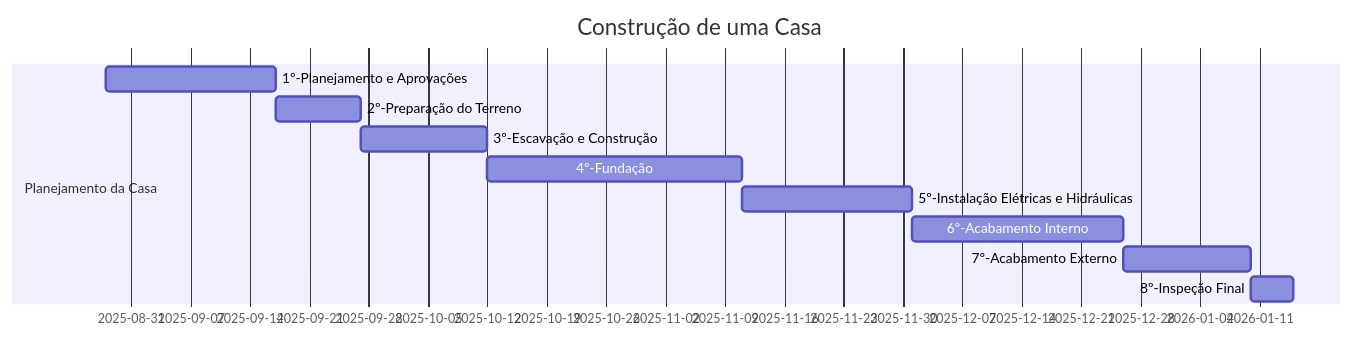
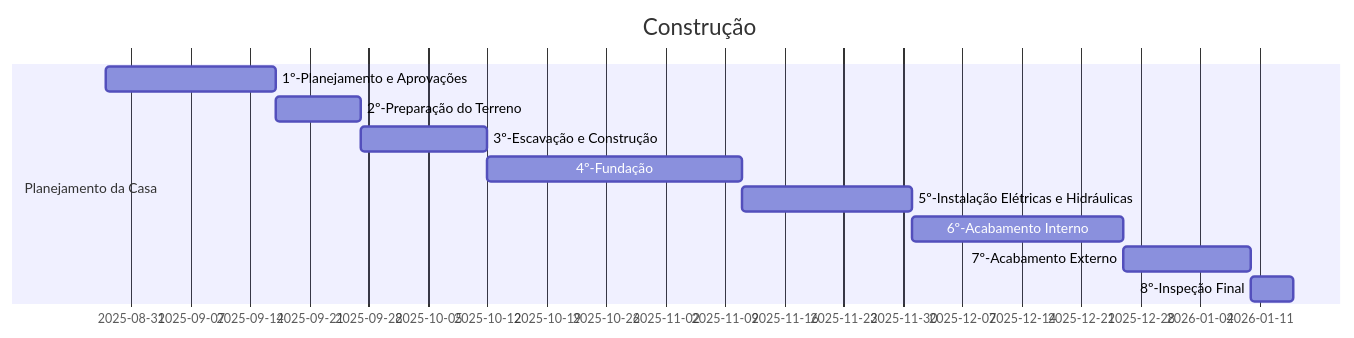
One commit to AnandaMazine/Grafico-Gantt changed the diagram in README.md. Above: the diagram before and after it, drawn with Mermaid.

````diff
--- a/README.md
+++ b/README.md
@@ -1,15 +1,15 @@
 ```mermaid
 gantt
-title Construção de uma Casa
+title Construção
 dateFormat YYYY-MM-DD
 section Planejamento da Casa
 1º-Planejamento e Aprovações:pa, 2025-08-28, 20d
 2º-Preparação do Terreno: pt, after pa, 10d
 3º-Escavação e Construção:ec, after pt, 15d
 4º-Fundação:fu, after ec, 30d
 5º-Instalação Elétricas e Hidráulicas:eh, after fu, 20d
 6º-Acabamento Interno:ai, after eh, 25d
 7º-Acabamento Externo:ae, after ai, 15d
 8º-Inspeção Final:if, after ae, 5d
 
 ```
````
